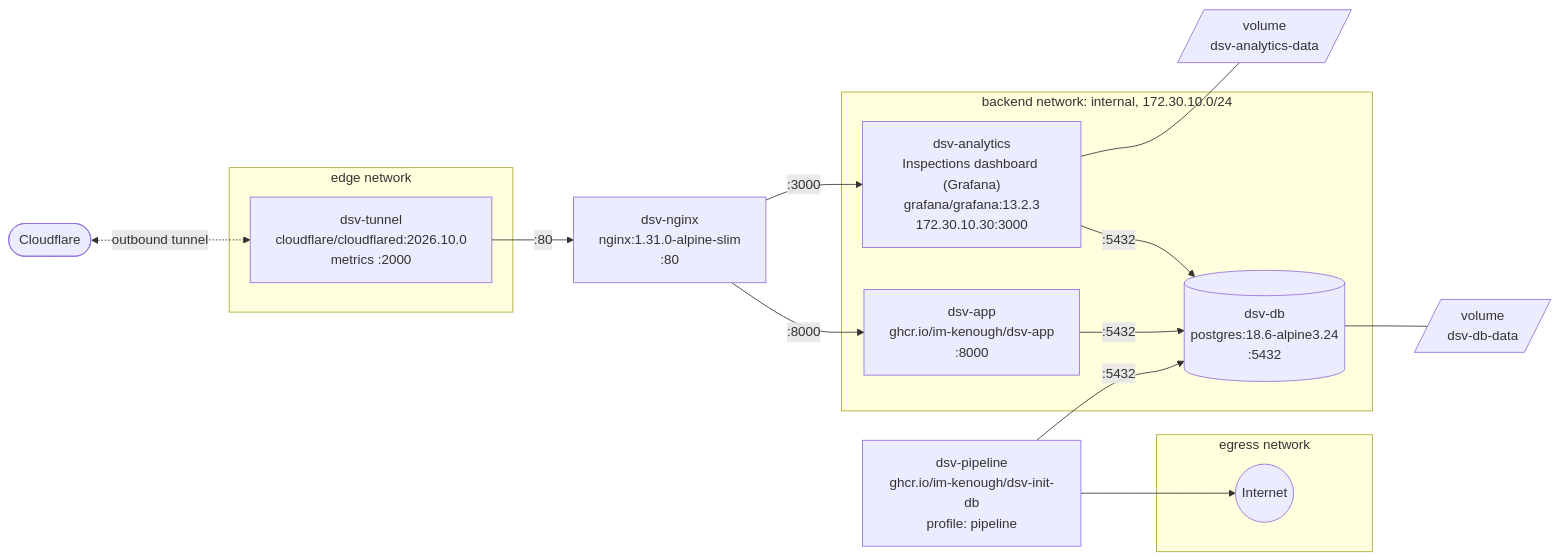
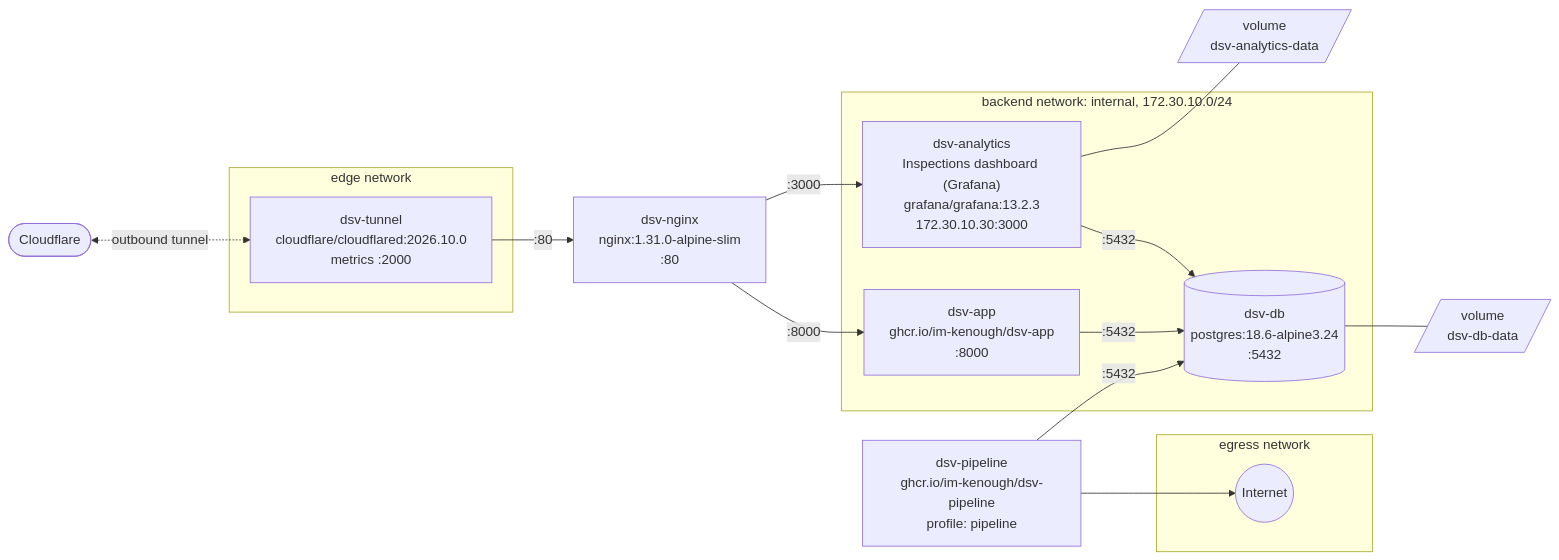
Before and after one commit to im-kenough/DineSafeViz: the second of 2 diagrams in docs-new/ref/2-app-architecture.md, drawn with Mermaid. The commit also changed other lines of this file and 55 other files, not shown here.

First line of the commit message:
perf: move to dsv-pipeline, faster load, atomic migrations (#272)

````diff
--- a/docs-new/ref/2-app-architecture.md
+++ b/docs-new/ref/2-app-architecture.md
@@ -63,35 +63,35 @@
 ```mermaid
 flowchart LR
     cf([Cloudflare]) <-. "outbound tunnel" .-> tunnel
 
     subgraph edge["edge network"]
         tunnel["dsv-tunnel<br/>cloudflare/cloudflared:2026.10.0<br/>metrics :2000"]
     end
 
     nginx["dsv-nginx<br/>nginx:1.31.0-alpine-slim<br/>:80"]
 
     subgraph backend["backend network: internal, 172.30.10.0/24"]
         app["dsv-app<br/>ghcr.io/im-kenough/dsv-app<br/>:8000"]
         analytics["dsv-analytics<br/>Inspections dashboard (Grafana)<br/>grafana/grafana:13.2.3<br/>172.30.10.30:3000"]
         db[("dsv-db<br/>postgres:18.6-alpine3.24<br/>:5432")]
     end
 
-    pipeline["dsv-pipeline<br/>ghcr.io/im-kenough/dsv-init-db<br/>profile: pipeline"]
+    pipeline["dsv-pipeline<br/>ghcr.io/im-kenough/dsv-pipeline<br/>profile: pipeline"]
 
     subgraph egress["egress network"]
         internet((Internet))
     end
 
     dbvol[/"volume<br/>dsv-db-data"/]
     gvol[/"volume<br/>dsv-analytics-data"/]
 
     tunnel -- ":80" --> nginx
     nginx -- ":8000" --> app
     nginx -- ":3000" --> analytics
     app -- ":5432" --> db
     analytics -- ":5432" --> db
     pipeline -- ":5432" --> db
     pipeline --> internet
     db --- dbvol
     analytics --- gvol
 ```
````
